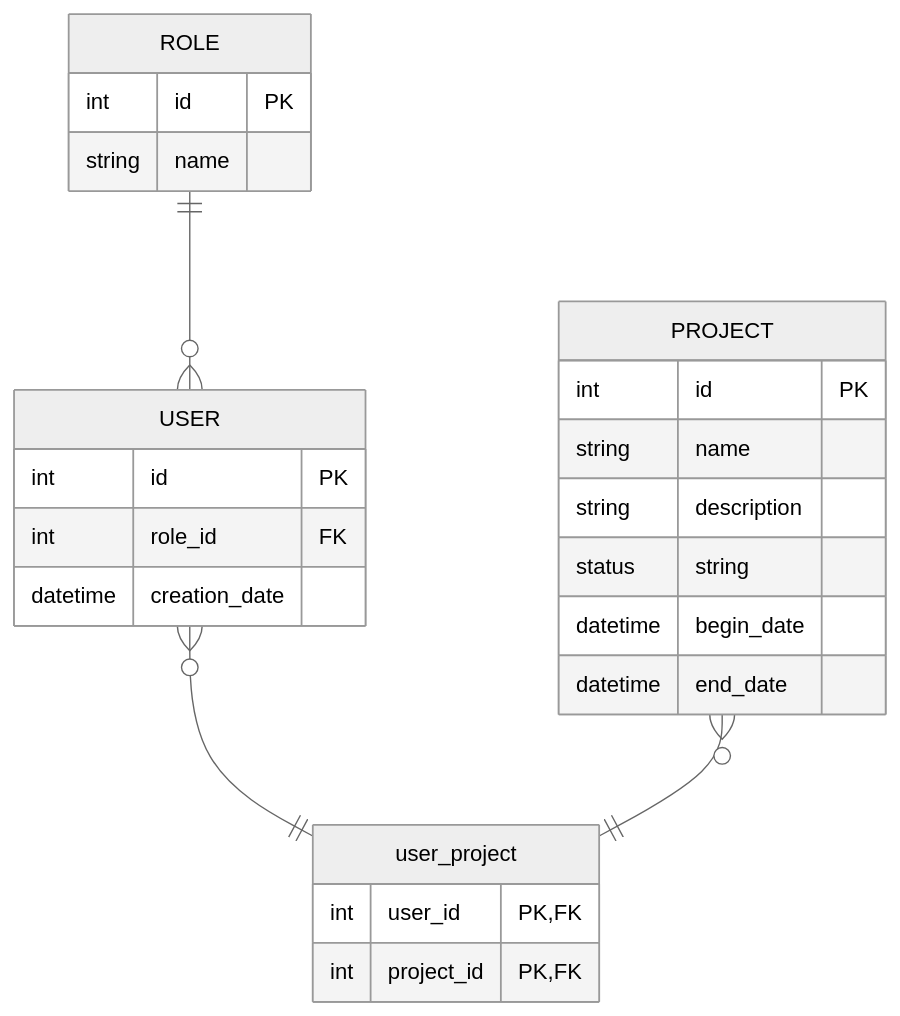
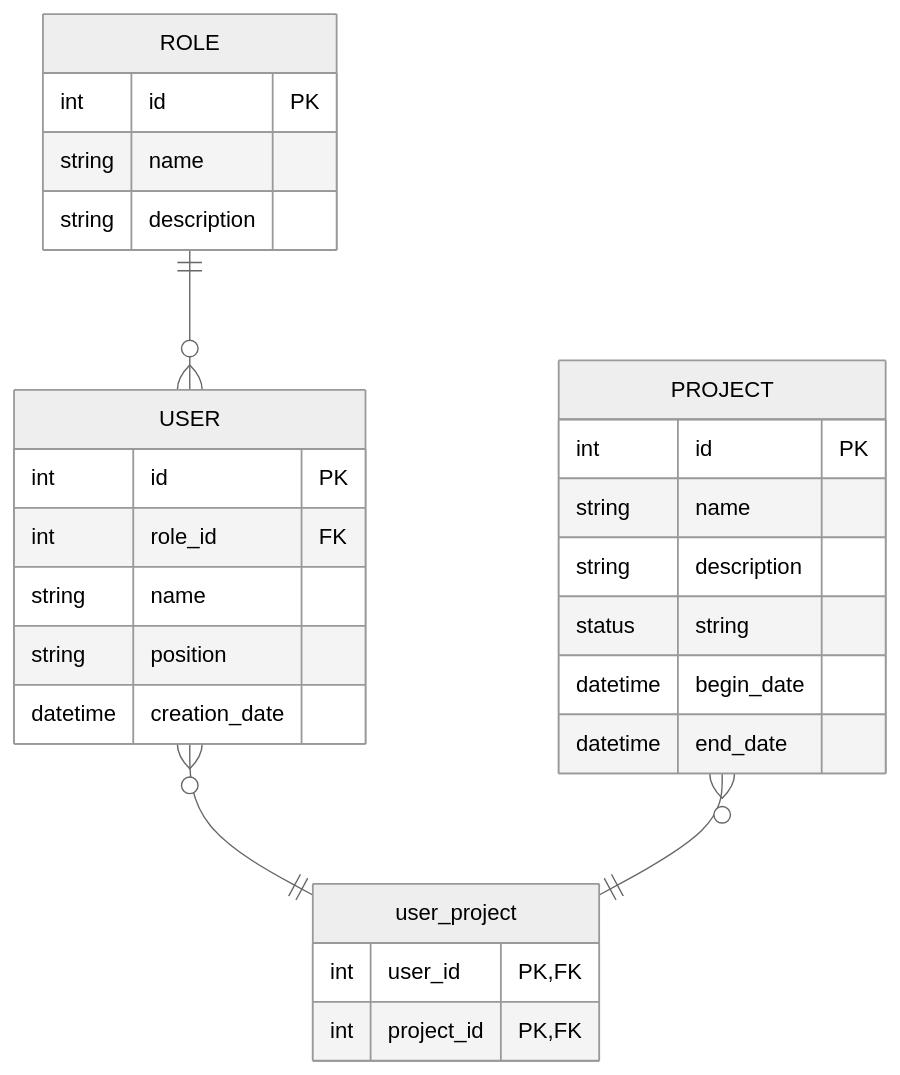
The diagram in api_service/docs/erd.mmd (guzmangustavo/project-managment-api), drawn with Mermaid before and after one commit. The commit also changed 2 other files, not shown here.

```diff
--- a/api_service/docs/erd.mmd
+++ b/api_service/docs/erd.mmd
@@ -1,29 +1,32 @@
 ---
 config:
   theme: neutral
 ---
 erDiagram
     USER {
         int id PK 
         int role_id FK
+        string name
+        string position
         datetime creation_date
     }
     ROLE {
         int id PK
         string name
+        string description
     }
     PROJECT {
         int id PK
         string name
         string description
         status string
         datetime begin_date
         datetime end_date
     }
     user_project {
         int user_id PK, FK
         int project_id PK, FK
     }
     ROLE ||--o{ USER : ""
     USER }o--|| user_project : ""
     PROJECT }o--|| user_project : ""
```
